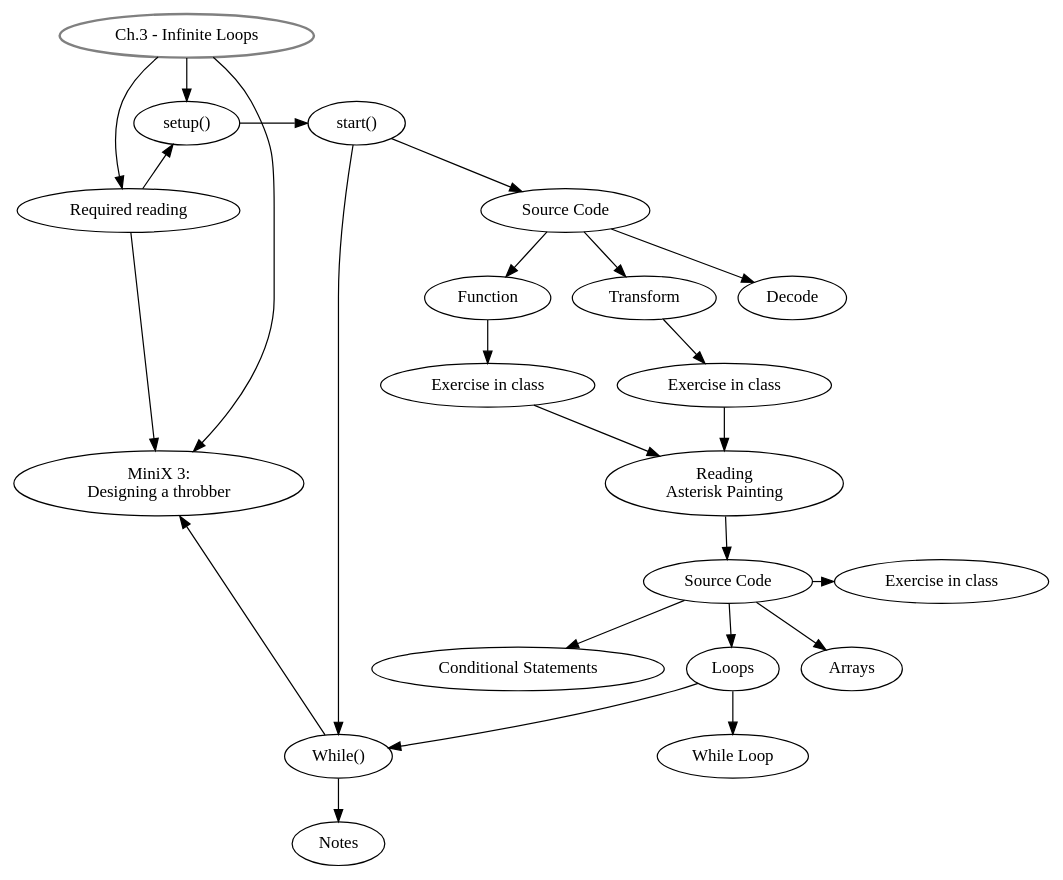
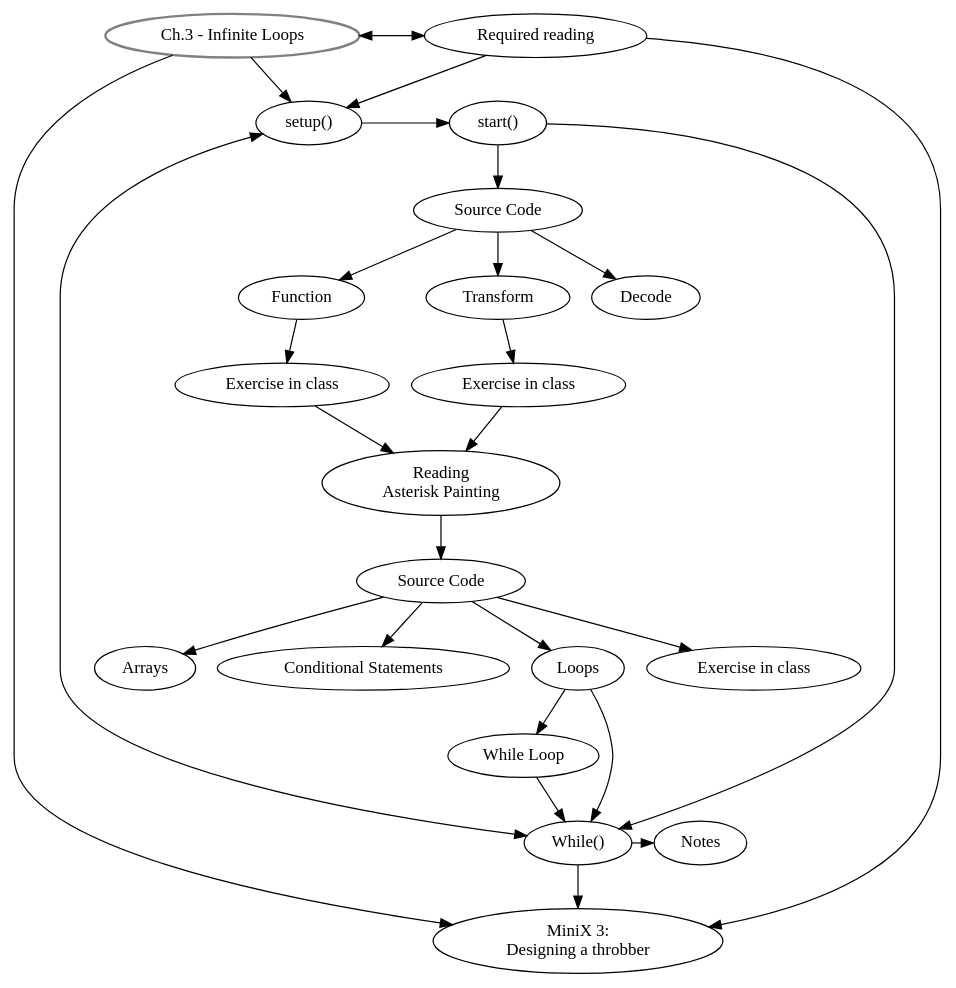
Before and after one commit to danbz/aesthetic-programming: the diagram in graphviz/AP_ch3.dot, drawn with Graphviz. The commit also changed 1 other file, not shown here.

Commit message:
update flowchart 3

```diff
--- a/graphviz/AP_ch3.dot
+++ b/graphviz/AP_ch3.dot
@@ -1,47 +1,49 @@
 digraph G {
 //labels
 GS [
 label="Ch.3 - Infinite Loops",
 style=bold,
 color=grey,
 ]
 
 SU [label="setup()"]
 ST [label="start()"]
 DE [label="Decode"]
 SC [label="Source Code"]
 FN [label="Function"]
 EiC [label="Exercise in class"]
 TR [label="Transform"]
 EiC2 [label="Exercise in class"]
 AP [label="Reading \nAsterisk Painting"]
 SC2 [label="Source Code"]
 EiC3 [label="Exercise in class"]
 AR [label="Arrays"]
 CS [label="Conditional Statements"]
 LO [label="Loops"]
 WL [label="While Loop"]
 MW [label="While()"]
 MX [label="MiniX 3: \nDesigning a throbber"]
 RR [label="Required reading"]
 Notes [label="Notes"]
 
 //rank
 {rank = same; SU, ST}
-{rank = same; SC2, EiC3}
-{rank = same; MX, AP}
-{rank = same; RR, SC}
+{rank = same; RR, GS}
+{rank = same; MW, Notes}
 
 //graph
 GS -> SU -> ST -> SC -> DE;
-GS -> RR, MX;
+GS -> RR[dir=both, minlen=3];
+SU -> MW [dir=both];
+GS -> MX;
 RR -> MX, SU;
 SC -> FN -> EiC;
 SC -> TR -> EiC2;
 EiC, EiC2 -> AP -> SC2 -> EiC3
 SC2 -> AR;
 SC2 -> CS;
 SC2 -> LO -> WL;
 ST, LO -> MW -> Notes;
 MW -> MX;
+WL -> MW;
 }
```
